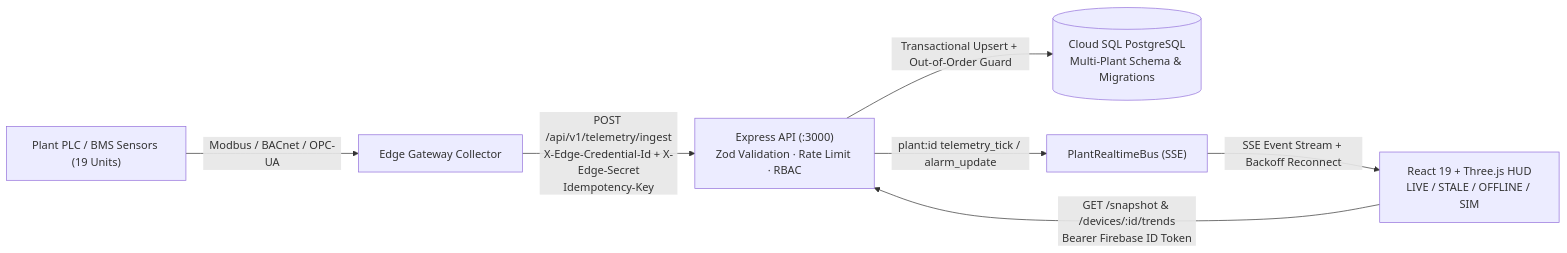
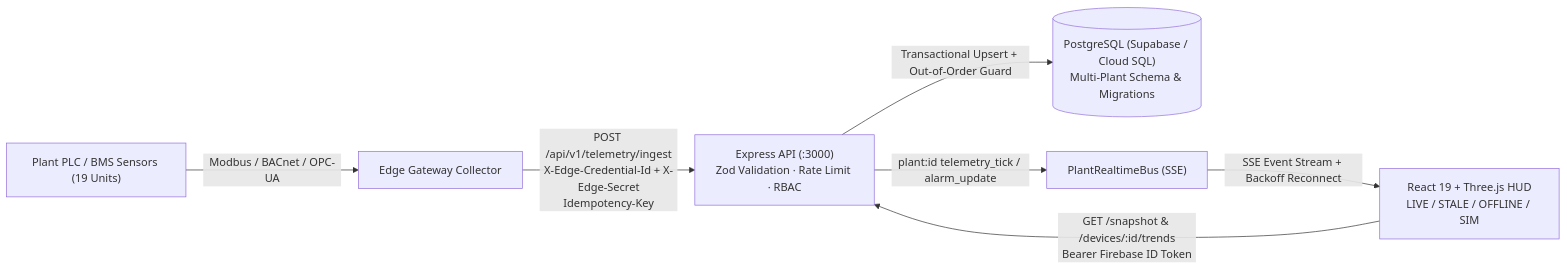
Before and after one commit to Muhammad-Yunus/Chiller-Plant-Digital-Twin-Apps: the diagram in README.md, drawn with Mermaid. The commit also changed other lines of this file, not shown here.

````diff
--- a/README.md
+++ b/README.md
@@ -42,16 +42,16 @@
 ```mermaid
 flowchart LR
     Sensors["Plant PLC / BMS Sensors (19 Units)"]
     Edge["Edge Gateway Collector"]
     API["Express API (:3000)\nZod Validation · Rate Limit · RBAC"]
-    DB[("Cloud SQL PostgreSQL\nMulti-Plant Schema & Migrations")]
+    DB[("PostgreSQL (Supabase / Cloud SQL)\nMulti-Plant Schema & Migrations")]
     Bus["PlantRealtimeBus (SSE)"]
     HUD["React 19 + Three.js HUD\nLIVE / STALE / OFFLINE / SIM"]
 
     Sensors -->|"Modbus / BACnet / OPC-UA"| Edge
     Edge -->|"POST /api/v1/telemetry/ingest\nX-Edge-Credential-Id + X-Edge-Secret\nIdempotency-Key"| API
     API -->|"Transactional Upsert + Out-of-Order Guard"| DB
     API -->|"plant:id telemetry_tick / alarm_update"| Bus
     HUD -->|"GET /snapshot & /devices/:id/trends\nBearer Firebase ID Token"| API
     Bus -->|"SSE Event Stream + Backoff Reconnect"| HUD
 ```
````
